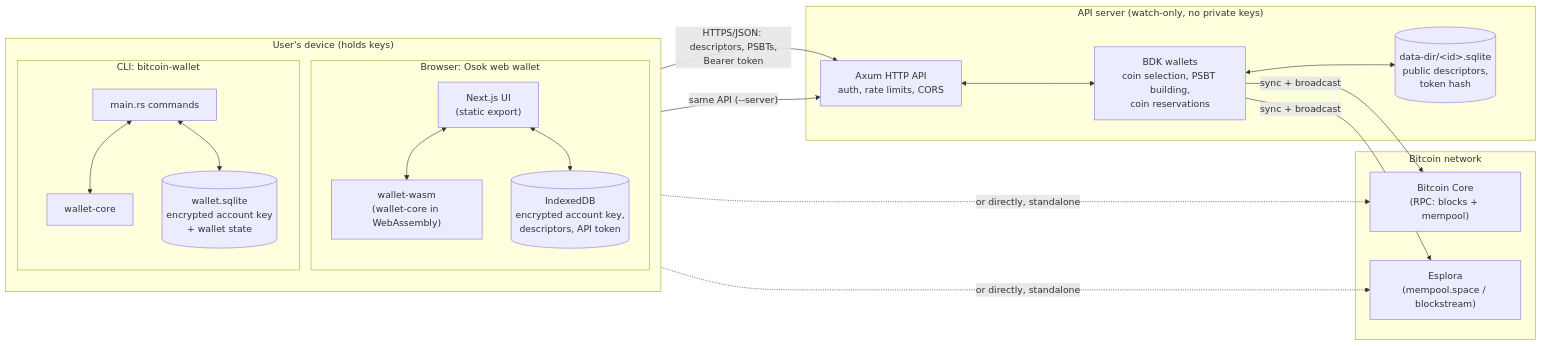
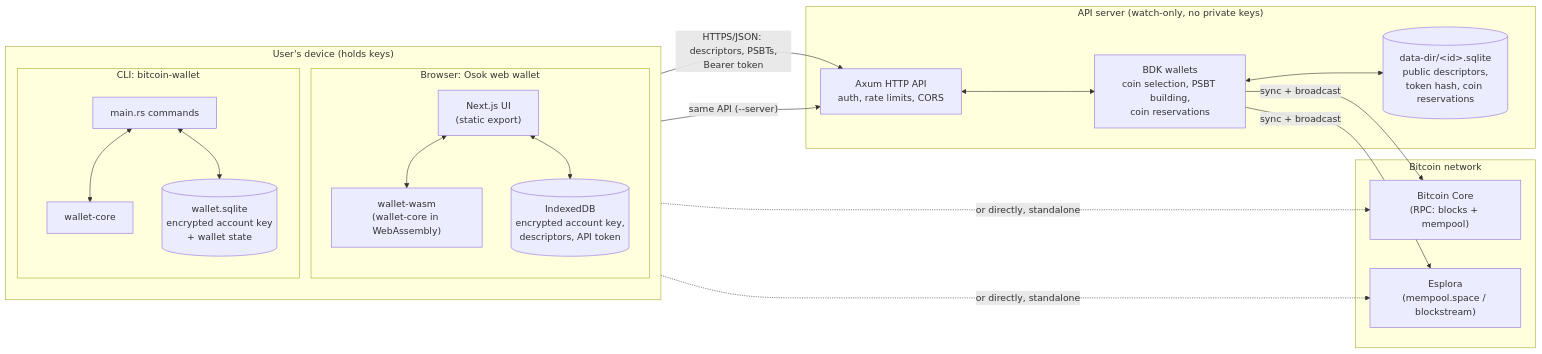
The first of 4 diagrams in architecture.md (yahia008/bitcoin-wallet), drawn with Mermaid before and after one commit. The commit also changed other lines of this file and 4 other files, not shown here.

First line of the commit message:
Coin reservations survive a server restart: saved in each wallet's SQLite file

````diff
--- a/architecture.md
+++ b/architecture.md
@@ -27,39 +27,39 @@
 ```mermaid
 flowchart LR
     subgraph User["User's device (holds keys)"]
         direction TB
         subgraph Browser["Browser: Osok web wallet"]
             UI["Next.js UI<br/>(static export)"]
             WASM["wallet-wasm<br/>(wallet-core in WebAssembly)"]
             IDB[("IndexedDB<br/>encrypted account key,<br/>descriptors, API token")]
             UI <--> WASM
             UI <--> IDB
         end
         subgraph CLI["CLI: bitcoin-wallet"]
             CMD["main.rs commands"]
             CORE1["wallet-core"]
             SQL1[("wallet.sqlite<br/>encrypted account key<br/>+ wallet state")]
             CMD <--> CORE1
             CMD <--> SQL1
         end
     end
 
     subgraph Server["API server (watch-only, no private keys)"]
         AXUM["Axum HTTP API<br/>auth, rate limits, CORS"]
         BDK["BDK wallets<br/>coin selection, PSBT building,<br/>coin reservations"]
-        SQL2[("data-dir/&lt;id&gt;.sqlite<br/>public descriptors,<br/>token hash")]
+        SQL2[("data-dir/&lt;id&gt;.sqlite<br/>public descriptors,<br/>token hash, coin reservations")]
         AXUM <--> BDK <--> SQL2
     end
 
     subgraph Chain["Bitcoin network"]
         CORE["Bitcoin Core<br/>(RPC: blocks + mempool)"]
         ESP["Esplora<br/>(mempool.space / blockstream)"]
     end
 
     UI -- "HTTPS/JSON: descriptors, PSBTs,<br/>Bearer token" --> AXUM
     CMD -- "same API (--server)" --> AXUM
     CMD -. "or directly, standalone" .-> CORE
     CMD -. "or directly, standalone" .-> ESP
     BDK -- "sync + broadcast" --> CORE
     BDK -- "sync + broadcast" --> ESP
 ```
````
